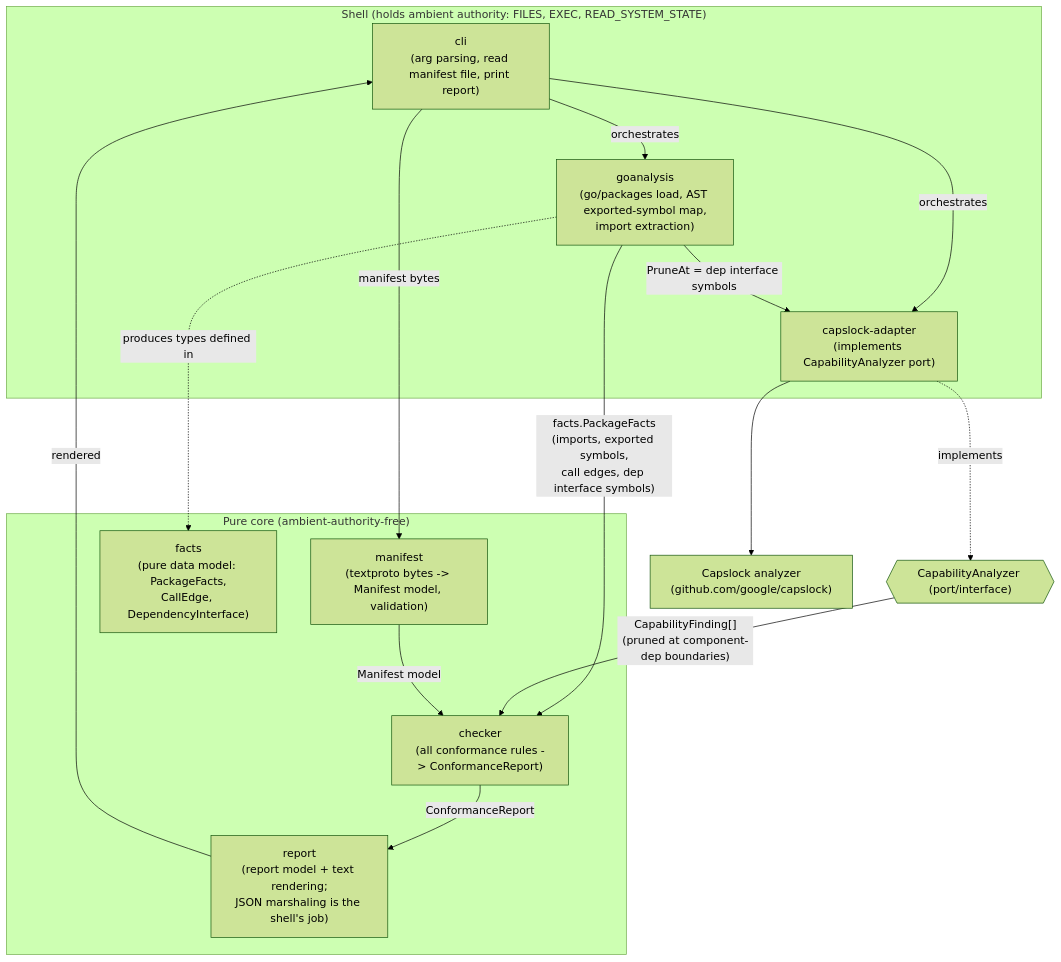
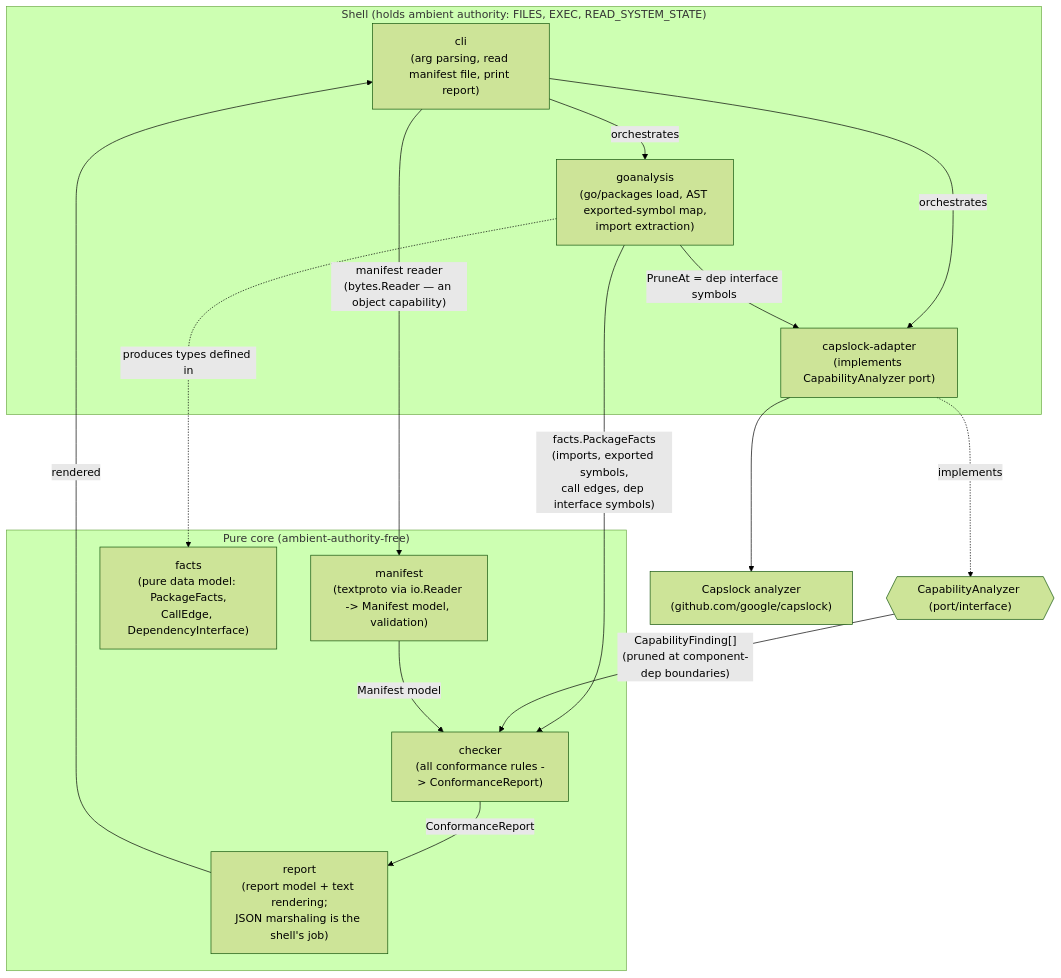
The first of 2 diagrams in .agents/planning/2026-07-06-arch-contracts-go-mvp/design/detailed-design.md (ono-sendai-labs/architectural-contracts), drawn with Mermaid (forest theme) before and after one commit. The commit also changed other lines of this file and 3 other files, not shown here.

````diff
--- a/.agents/planning/2026-07-06-arch-contracts-go-mvp/design/detailed-design.md
+++ b/.agents/planning/2026-07-06-arch-contracts-go-mvp/design/detailed-design.md
@@ -149,30 +208,30 @@
 ```mermaid
 flowchart TD
     subgraph shell["Shell (holds ambient authority: FILES, EXEC, READ_SYSTEM_STATE)"]
         CLI["cli\n(arg parsing, read manifest file, print report)"]
         LOAD["goanalysis\n(go/packages load, AST exported-symbol map,\nimport extraction)"]
         CAPADAPT["capslock-adapter\n(implements CapabilityAnalyzer port)"]
     end
     subgraph core["Pure core (ambient-authority-free)"]
-        MAN["manifest\n(textproto bytes -> Manifest model, validation)"]
+        MAN["manifest\n(textproto via io.Reader -> Manifest model, validation)"]
         FACTS["facts\n(pure data model: PackageFacts,\nCallEdge, DependencyInterface)"]
         CHK["checker\n(all conformance rules -> ConformanceReport)"]
         REP["report\n(report model + text rendering;\nJSON marshaling is the shell's job)"]
     end
     PORT{{"CapabilityAnalyzer (port/interface)"}}
 
-    CLI -->|manifest bytes| MAN
+    CLI -->|"manifest reader\n(bytes.Reader — an object capability)"| MAN
     CLI -->|orchestrates| LOAD
     CLI -->|orchestrates| CAPADAPT
     LOAD -.produces types defined in.-> FACTS
     LOAD -->|"facts.PackageFacts\n(imports, exported symbols,\ncall edges, dep interface symbols)"| CHK
     LOAD -->|"PruneAt = dep interface symbols"| CAPADAPT
     CAPADAPT -.implements.-> PORT
     PORT -->|"CapabilityFinding[]\n(pruned at component-dep boundaries)"| CHK
     MAN -->|Manifest model| CHK
     CHK -->|ConformanceReport| REP
     REP -->|rendered| CLI
 
     capslock["Capslock analyzer\n(github.com/google/capslock)"]
     CAPADAPT --> capslock
 ```
````
